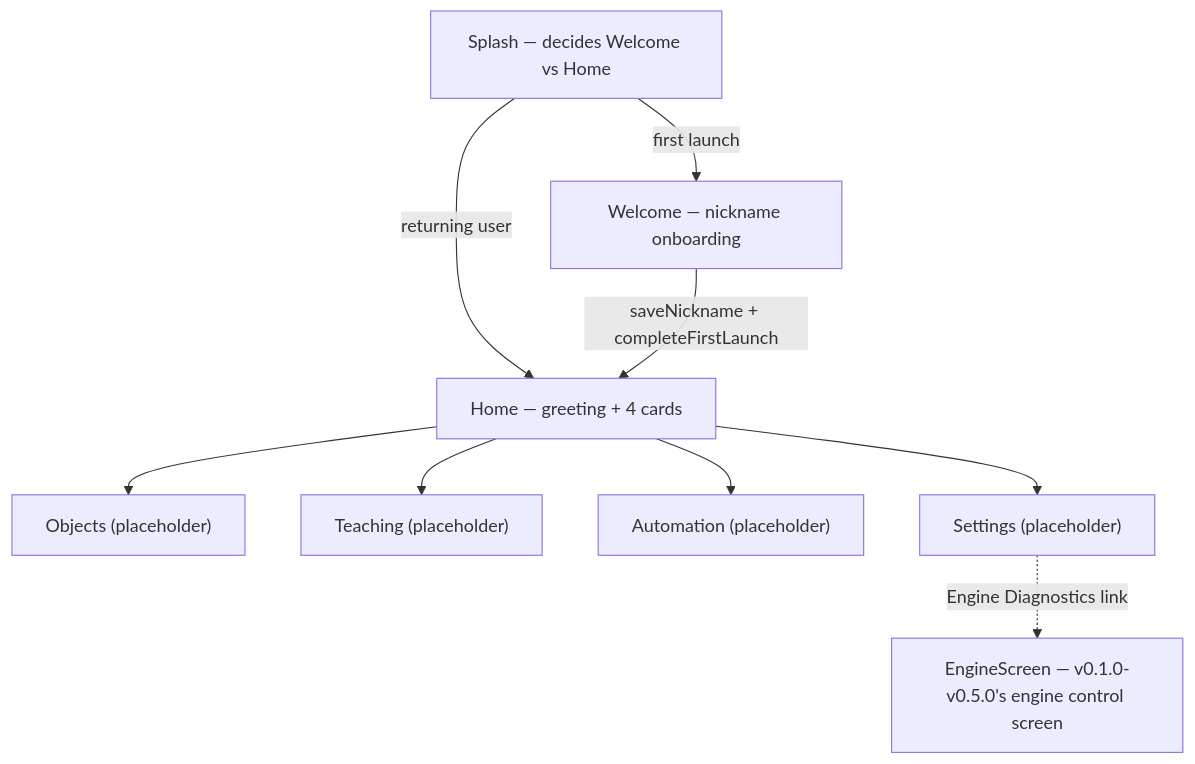
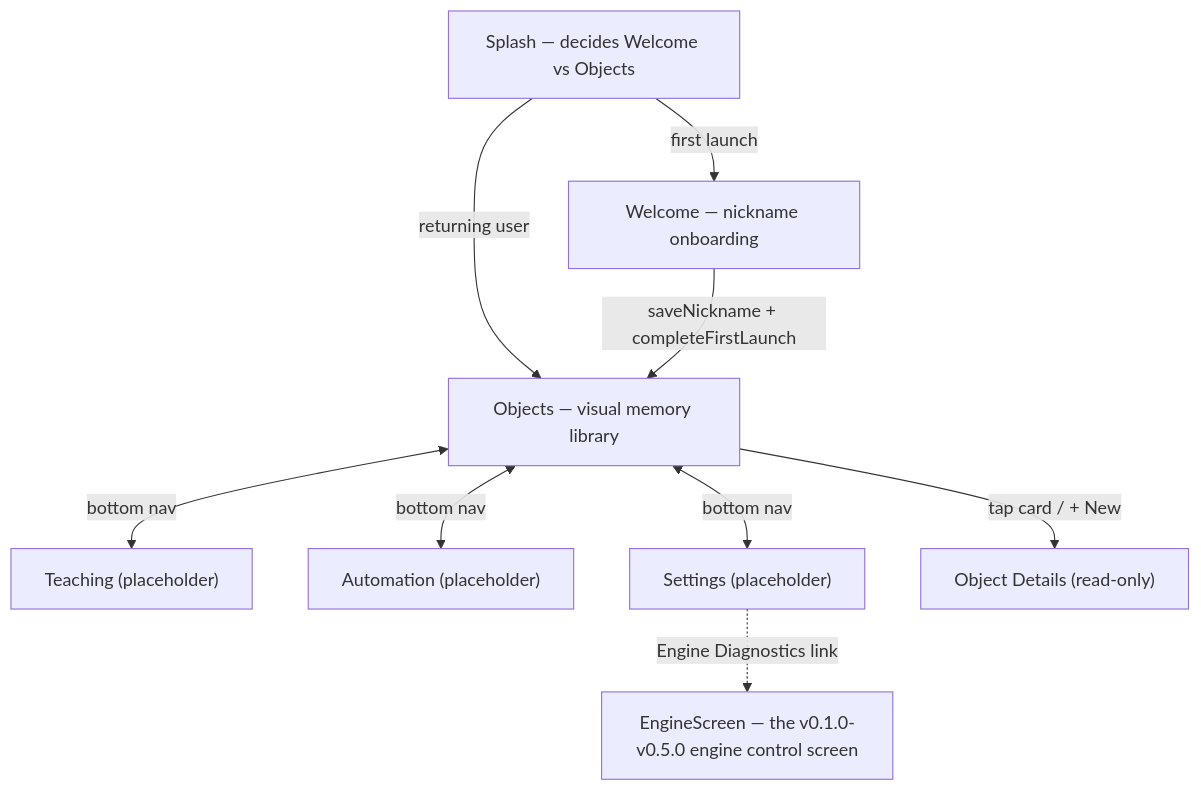
Before and after one commit to s2ouz/Behavior-Engine: the first of 2 diagrams in README.md, drawn with Mermaid. The commit also changed other lines of this file and 27 other files, not shown here.

````diff
--- a/README.md
+++ b/README.md
@@ -25,11 +24,11 @@
 ```mermaid
 graph TD
-    Splash["Splash — decides Welcome vs Home"] -->|first launch| Welcome["Welcome — nickname onboarding"]
-    Splash -->|returning user| Home
-    Welcome -->|saveNickname + completeFirstLaunch| Home["Home — greeting + 4 cards"]
-    Home --> Objects["Objects (placeholder)"]
-    Home --> Teaching["Teaching (placeholder)"]
-    Home --> Automation["Automation (placeholder)"]
-    Home --> Settings["Settings (placeholder)"]
-    Settings -.Engine Diagnostics link.-> EngineScreen["EngineScreen — v0.1.0-v0.5.0's engine control screen"]
+    Splash["Splash — decides Welcome vs Objects"] -->|first launch| Welcome["Welcome — nickname onboarding"]
+    Splash -->|returning user| Objects
+    Welcome -->|saveNickname + completeFirstLaunch| Objects["Objects — visual memory library"]
+    Objects <-->|bottom nav| Teaching["Teaching (placeholder)"]
+    Objects <-->|bottom nav| Automation["Automation (placeholder)"]
+    Objects <-->|bottom nav| Settings["Settings (placeholder)"]
+    Objects -->|tap card / + New| ObjectDetails["Object Details (read-only)"]
+    Settings -.Engine Diagnostics link.-> EngineScreen["EngineScreen — the v0.1.0-v0.5.0 engine control screen"]
 ```
````
